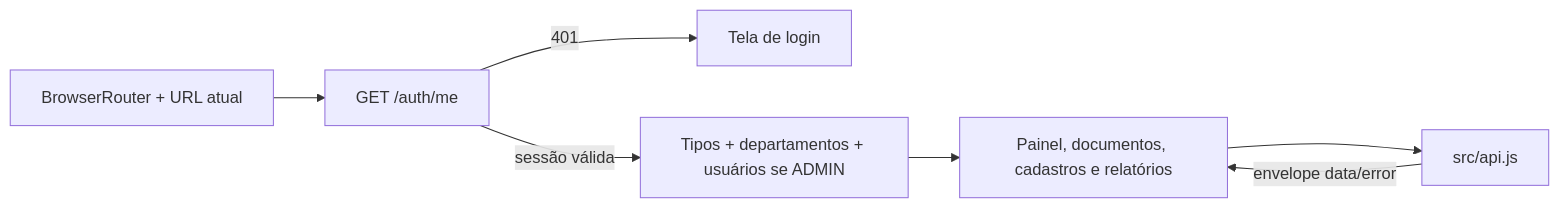
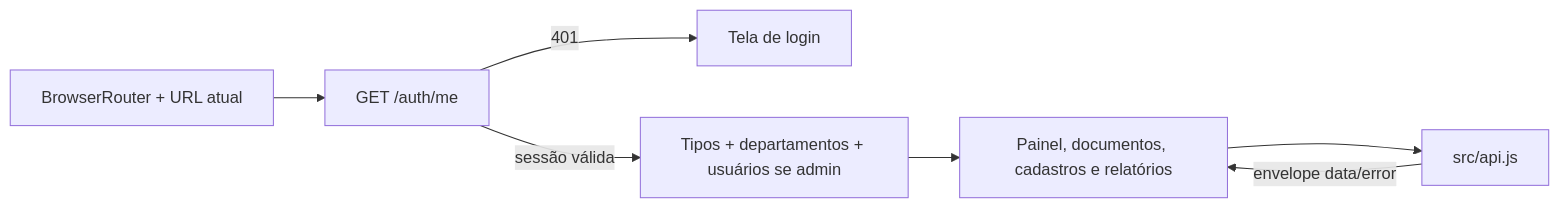
The third of 3 diagrams in docs/architecture.md (TersanPlay/solid-memory), drawn with Mermaid before and after one commit. The commit also changed other lines of this file and 84 other files, not shown here.

````diff
--- a/docs/architecture.md
+++ b/docs/architecture.md
@@ -113,9 +113,9 @@
 ```mermaid
 flowchart LR
     Boot["BrowserRouter + URL atual"] --> Me["GET /auth/me"]
     Me -->|"401"| Login["Tela de login"]
-    Me -->|"sessão válida"| Catalogs["Tipos + departamentos + usuários se ADMIN"]
+    Me -->|"sessão válida"| Catalogs["Tipos + departamentos + usuários se admin"]
     Catalogs --> Views["Painel, documentos, cadastros e relatórios"]
     Views --> API["src/api.js"]
     API -->|"envelope data/error"| Views
 ```
````
